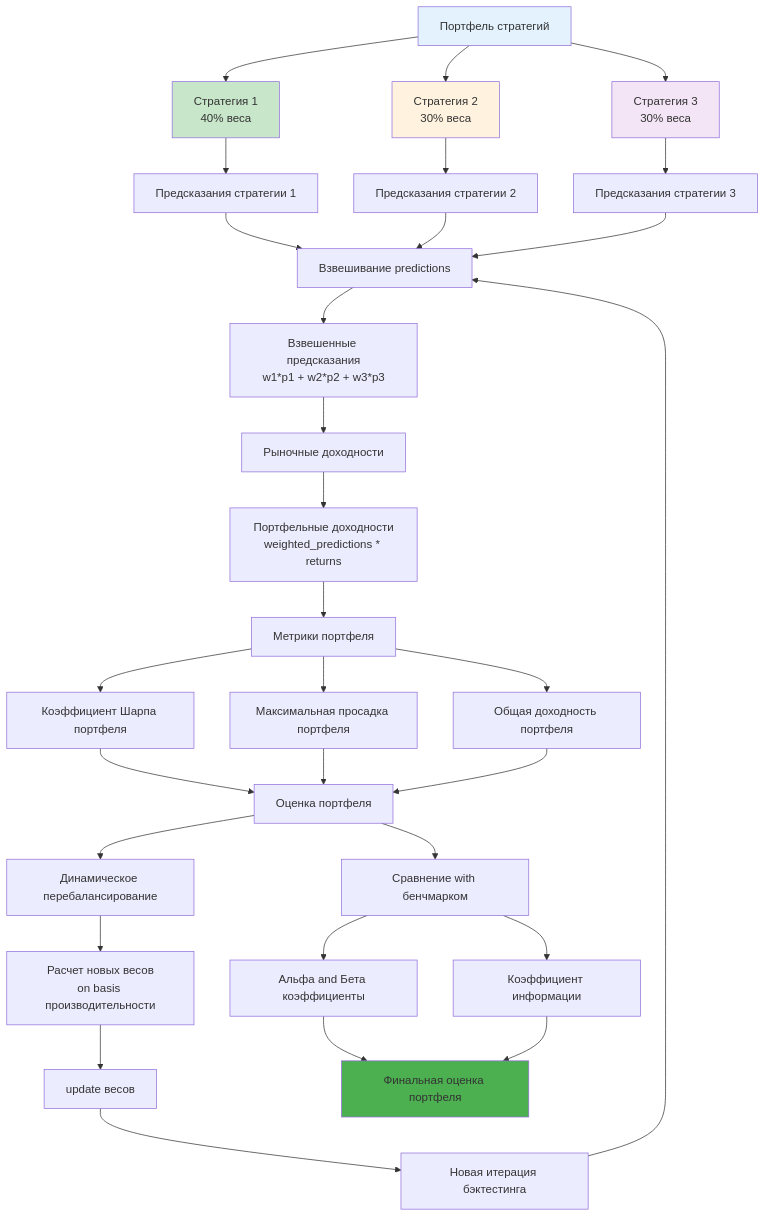
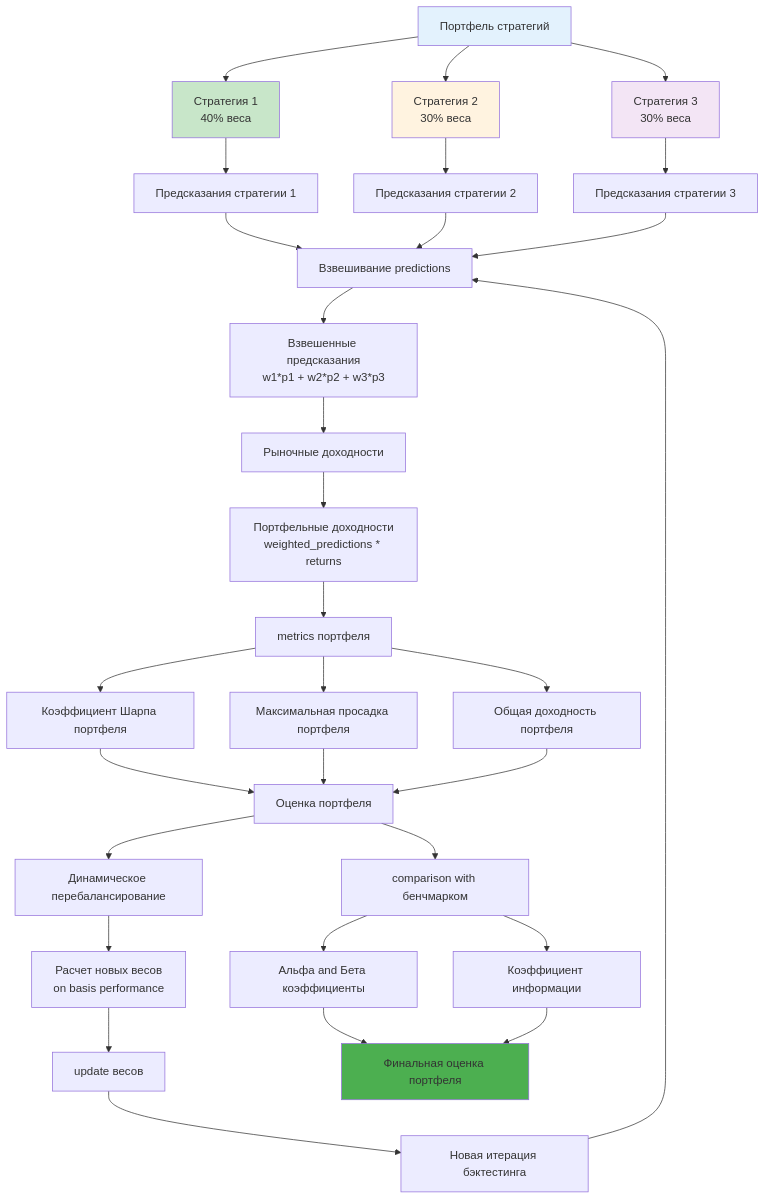
One commit to NeoZorK/neozork-hld-prediction changed the sixth of 9 diagrams in docs/automl/gluon/29_backtesting_methods.md. Above: the diagram before and after it, drawn with Mermaid. The commit also changed other lines of this file and 88 other files, not shown here.

````diff
--- a/docs/automl/gluon/29_backtesting_methods.md
+++ b/docs/automl/gluon/29_backtesting_methods.md
@@ -1797,48 +1797,48 @@
 ```mermaid
 graph TD
 A[Портфель стратегий] --> B[Стратегия 1<br/>40% веса]
 A --> C[Стратегия 2<br/>30% веса]
 A --> D[Стратегия 3<br/>30% веса]
 
 B --> E[Предсказания стратегии 1]
 C --> F[Предсказания стратегии 2]
 D --> G[Предсказания стратегии 3]
 
 E --> H[Взвешивание predictions]
  F --> H
  G --> H
 
 H --> I[Взвешенные предсказания<br/>w1*p1 + w2*p2 + w3*p3]
 
 I --> J[Рыночные доходности]
 J --> K[Портфельные доходности<br/>weighted_predictions * returns]
 
-K --> L[Метрики портфеля]
+K --> L[metrics портфеля]
 L --> M[Коэффициент Шарпа портфеля]
 L --> N[Максимальная просадка портфеля]
 L --> O[Общая доходность портфеля]
 
 M --> P[Оценка портфеля]
  N --> P
  O --> P
 
 P --> Q[Динамическое перебалансирование]
-Q --> R[Расчет новых весов<br/>on basis производительности]
+Q --> R[Расчет новых весов<br/>on basis performance]
 
 R --> S[update весов]
 S --> T[Новая итерация бэктестинга]
  T --> H
 
-P --> U[Сравнение with бенчмарком]
+P --> U[comparison with бенчмарком]
 U --> V[Альфа and Бета коэффициенты]
 U --> W[Коэффициент информации]
 
 V --> X[Финальная оценка портфеля]
  W --> X
 
  style A fill:#e3f2fd
  style B fill:#c8e6c9
  style C fill:#fff3e0
  style D fill:#f3e5f5
  style X fill:#4caf50
 ```
````
